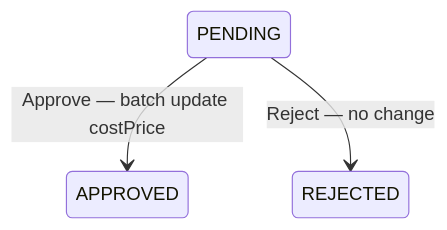
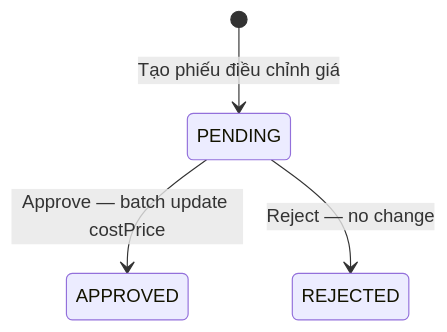
One commit to Java-Inventory-Management-System/Projects changed the first of 2 diagrams in docs/flows/be/06-price-adjustment-flow.md. Above: the diagram before and after it, drawn with Mermaid. The commit also changed 7 other files, not shown here.

Commit message:
docs: reorganise BE state diagrams — add [*] start/end, fix warranty lifecycle, composite layout

````diff
--- a/docs/flows/be/06-price-adjustment-flow.md
+++ b/docs/flows/be/06-price-adjustment-flow.md
@@ -35,5 +35,6 @@
 ```mermaid
 stateDiagram-v2
+    [*] --> PENDING : Tạo phiếu điều chỉnh giá
     PENDING --> APPROVED : Approve — batch update costPrice
     PENDING --> REJECTED : Reject — no change
 ```
````
